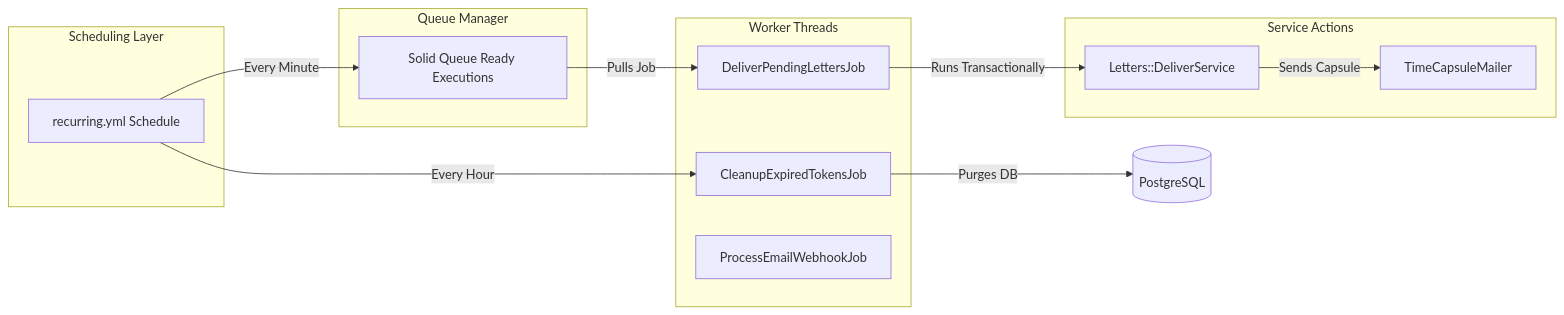
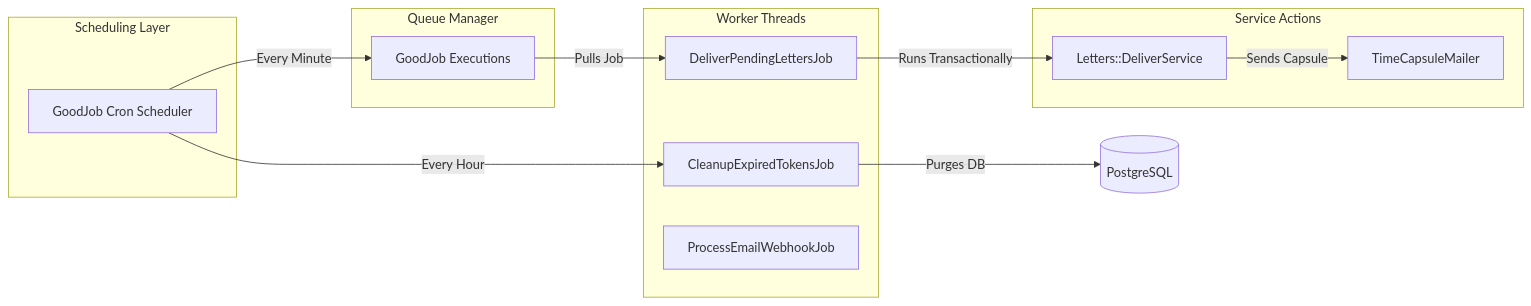
One commit to nmenag/time_echo changed the fifth of 5 diagrams in docs/architecture.md. Above: the diagram before and after it, drawn with Mermaid. The commit also changed other lines of this file and 46 other files, not shown here.

````diff
--- a/docs/architecture.md
+++ b/docs/architecture.md
@@ -296,29 +296,29 @@
 ```mermaid
 graph LR
     subgraph Trigger [Scheduling Layer]
-        Rec[recurring.yml Schedule]
+        Cron[GoodJob Cron Scheduler]
     end
 
-    subgraph SolidQueue [Queue Manager]
-        Ready[Solid Queue Ready Executions]
+    subgraph GoodJob [Queue Manager]
+        Ready[GoodJob Executions]
     end
 
     subgraph Workers [Worker Threads]
         DelJob[DeliverPendingLettersJob]
         ClClean[CleanupExpiredTokensJob]
         WebHook[ProcessEmailWebhookJob]
     end
 
     subgraph Execution [Service Actions]
         DS[Letters::DeliverService]
         SMTP[TimeCapsuleMailer]
     end
 
-    Rec -->|Every Minute| Ready
+    Cron -->|Every Minute| Ready
     Ready -->|Pulls Job| DelJob
     DelJob -->|Runs Transactionally| DS
     DS -->|Sends Capsule| SMTP
     
-    Rec -->|Every Hour| ClClean
+    Cron -->|Every Hour| ClClean
     ClClean -->|Purges DB| PG[(PostgreSQL)]
 ```
````
